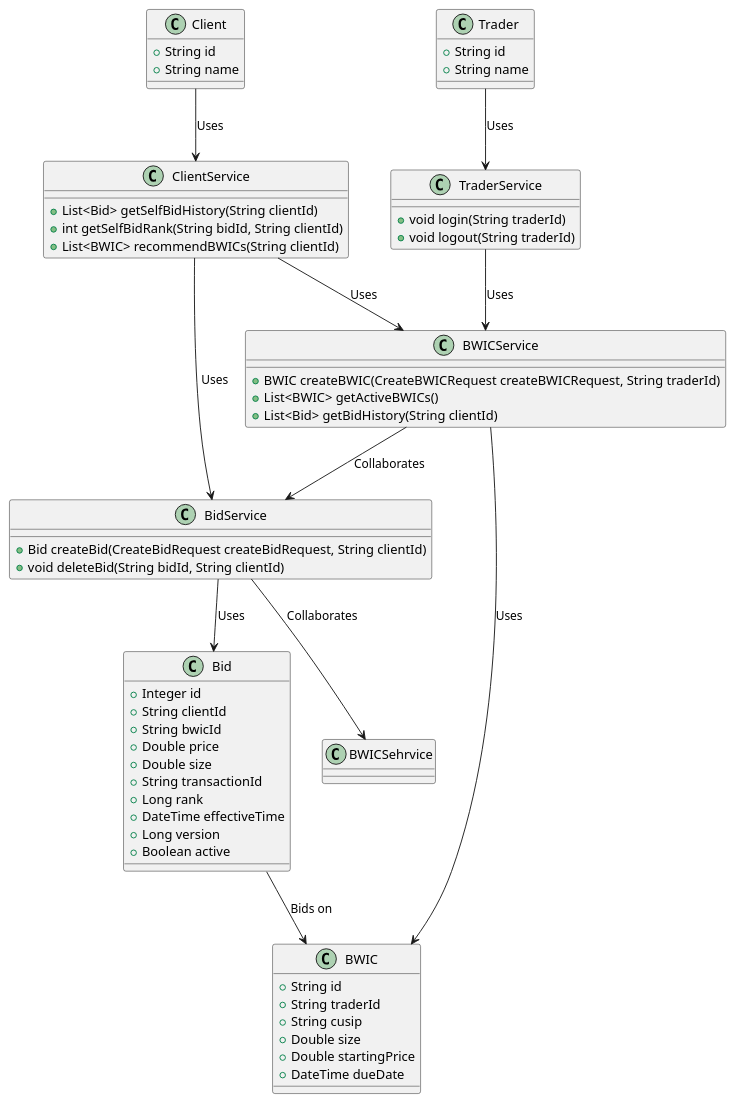
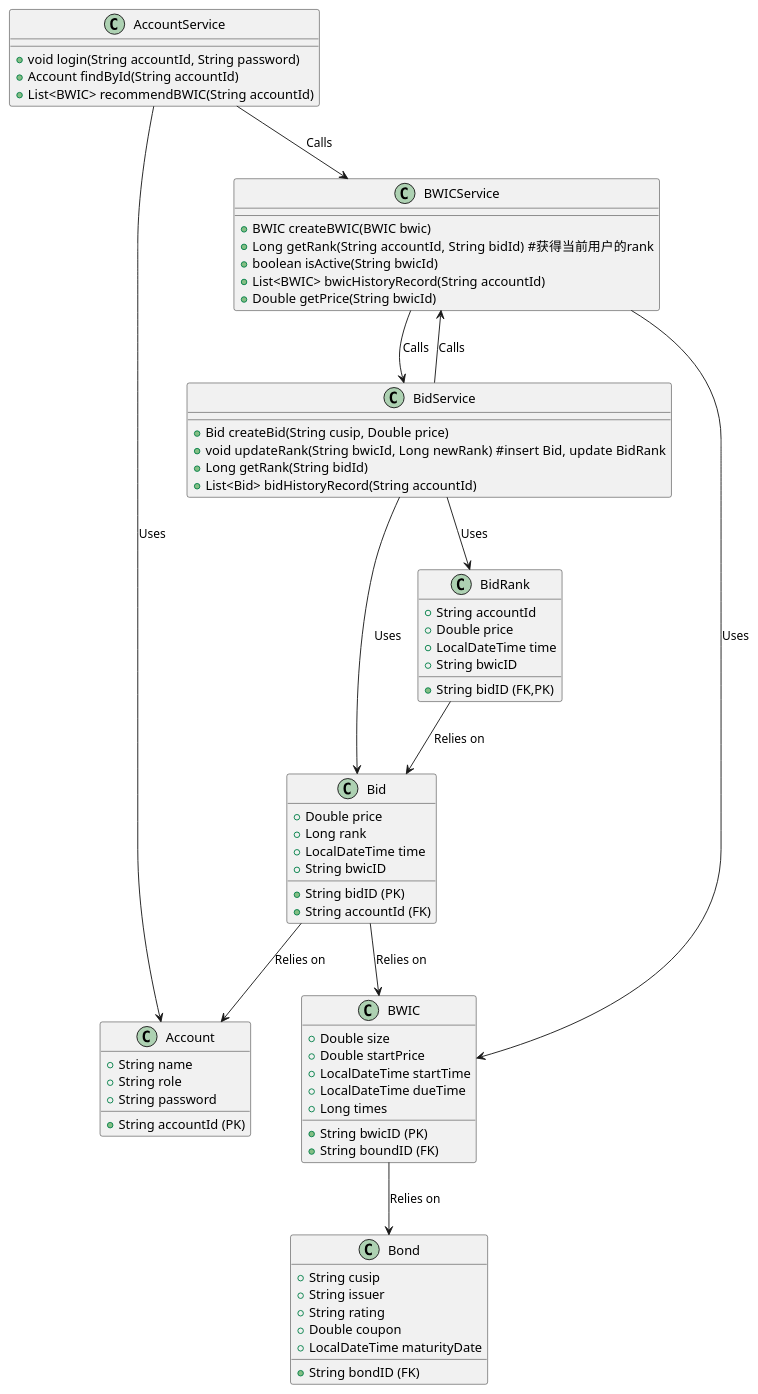
One commit to Zzz212zzZ/ebidding changed the diagram in diagram.wsd. Above: the diagram before and after it, drawn with PlantUML.

Commit message:
更新UML图，贴合业务逻辑

```diff
--- a/diagram.wsd
+++ b/diagram.wsd
@@ -1,67 +1,79 @@
 @startuml
+
+Class Account {
+  +String accountId (PK)
+  +String name
+  +String role
+  +String password
+}
+
 Class Bid {
-  +Integer id
-  +String clientId
-  +String bwicId
+  +String bidID (PK)
+  +String accountId (FK)
   +Double price
-  +Double size
-  +String transactionId
   +Long rank
-  +DateTime effectiveTime
-  +Long version
-  +Boolean active
+  +LocalDateTime time
+  +String bwicID
+}
+
+class BidRank {
+  +String bidID (FK,PK)
+  +String accountId
+  +Double price
+  +LocalDateTime time
+  +String bwicID
 }
 
 Class BWIC {
-  +String id
-  +String traderId
-  +String cusip
+  +String bwicID (PK)
+  +String boundID (FK)
   +Double size
-  +Double startingPrice
-  +DateTime dueDate
+  +Double startPrice
+  +LocalDateTime startTime
+  +LocalDateTime dueTime
+  +Long times
+}
+
+Class Bond {
+  +String bondID (FK)
+  +String cusip 
+  +String issuer
+  +String rating
+  +Double coupon
+  +LocalDateTime maturityDate
+}
+
+Class AccountService {
+  +void login(String accountId, String password)
+  +Account findById(String accountId)
+  +List<BWIC> recommendBWIC(String accountId)
 }
 
 Class BidService {
-  +Bid createBid(CreateBidRequest createBidRequest, String clientId)
-  +void deleteBid(String bidId, String clientId)
+  +Bid createBid(String cusip, Double price)
+  +void updateRank(String bwicId, Long newRank)  #insert Bid, update BidRank
+  +Long getRank(String bidId)
+  +List<Bid> bidHistoryRecord(String accountId)
 }
 
 Class BWICService {
-  +BWIC createBWIC(CreateBWICRequest createBWICRequest, String traderId)
-  +List<BWIC> getActiveBWICs()
-  +List<Bid> getBidHistory(String clientId)
+  +BWIC createBWIC(BWIC bwic)
+  +Long getRank(String accountId, String bidId)  #获得当前用户的rank
+  +boolean isActive(String bwicId)
+  +List<BWIC> bwicHistoryRecord(String accountId)
+  +Double getPrice(String bwicId)
 }
 
-Class Client {
-  +String id
-  +String name
-}
-
-Class Trader {
-  +String id
-  +String name
-}
-
-Class ClientService {
-  +List<Bid> getSelfBidHistory(String clientId)
-  +int getSelfBidRank(String bidId, String clientId)
-  +List<BWIC> recommendBWICs(String clientId)
-}
-
-Class TraderService {
-  +void login(String traderId)
-  +void logout(String traderId)
-}
-
+AccountService --> Account : Uses
 BidService --> Bid : Uses
+BidService --> BidRank : Uses
 BWICService --> BWIC : Uses
-BidService --> BWICSehrvice : Collaborates
-BWICService --> BidService : Collaborates
-Bid --> BWIC : Bids on
-Client --> ClientService : Uses
-Trader --> TraderService : Uses
-ClientService --> BidService : Uses
-ClientService --> BWICService : Uses
-TraderService --> BWICService : Uses
+BidService --> BWICService : Calls
+BWICService --> BidService : Calls
+Bid --> BWIC : Relies on
+Bid --> Account : Relies on
+BidRank --> Bid : Relies on
+BWIC --> Bond : Relies on
+AccountService --> BWICService : Calls
 
 @enduml
```
